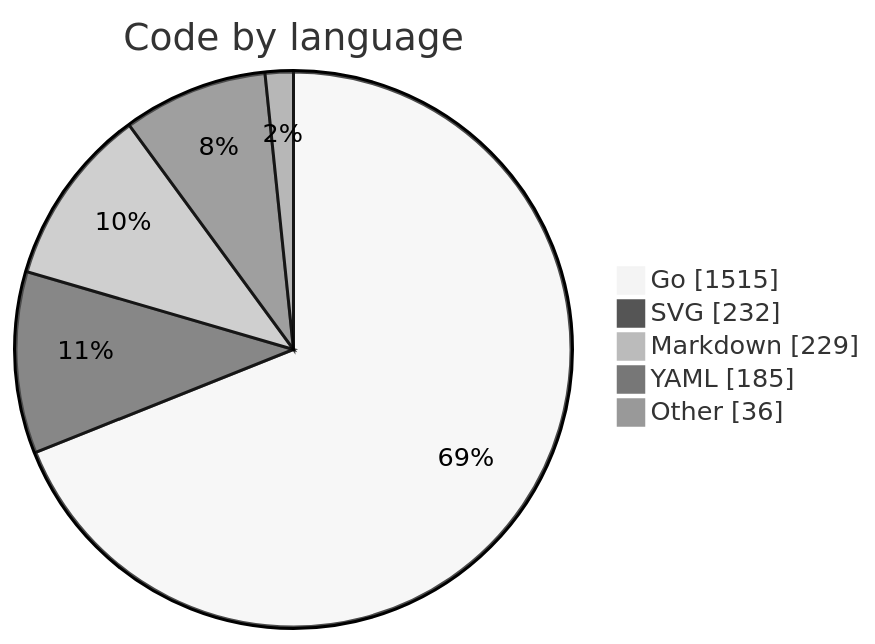
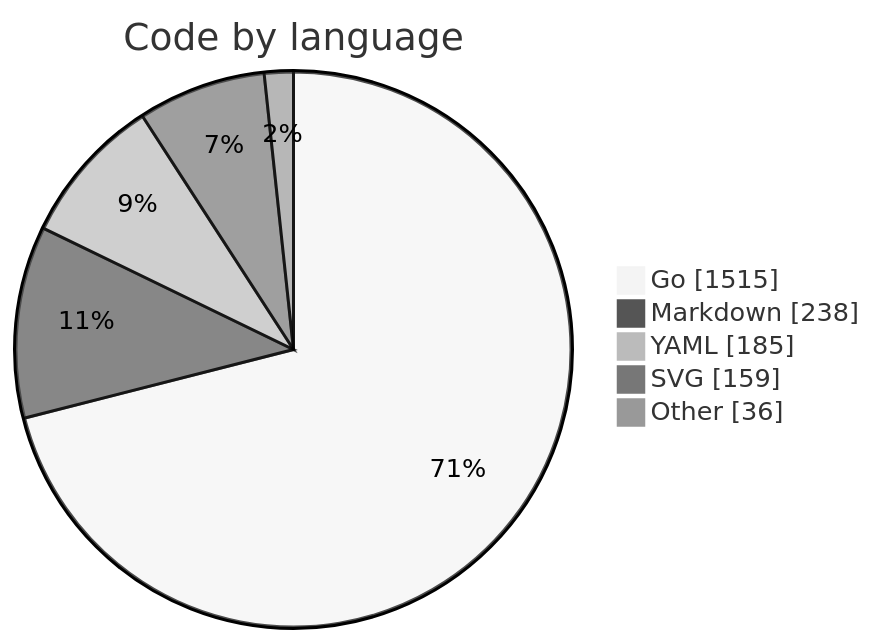
Before and after one commit to binRick/pal: the diagram in README.md, drawn with Mermaid (neutral theme). The commit also changed other lines of this file and 4 other files, not shown here.

````diff
--- a/README.md
+++ b/README.md
@@ -272,9 +286,9 @@
 ```mermaid
 pie showData
     title Code by language
     "Go" : 1515
-    "SVG" : 232
-    "Markdown" : 229
+    "Markdown" : 238
     "YAML" : 185
+    "SVG" : 159
     "Other" : 36
 ```
````
